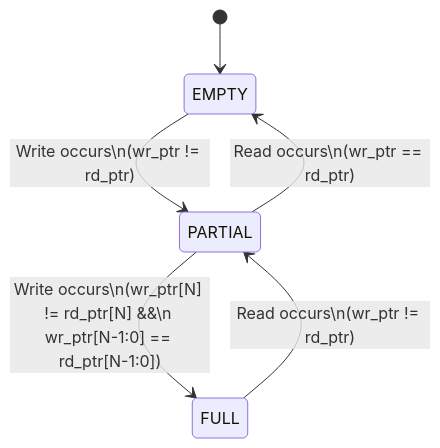
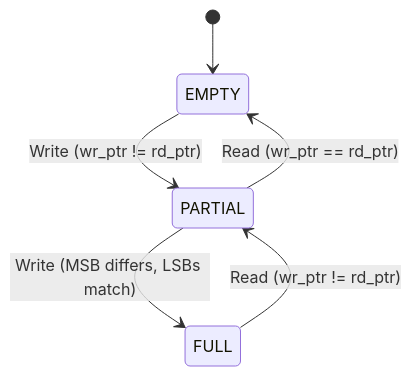
The second of 2 diagrams in docs/04_axi_stream_fifo.md (Ganeshkumara26/SmartNIC), drawn with Mermaid before and after one commit.

Commit message:
docs: Fix Mermaid stateDiagram syntax error in AXI Stream FIFO docs

````diff
--- a/docs/04_axi_stream_fifo.md
+++ b/docs/04_axi_stream_fifo.md
@@ -42,11 +42,11 @@
 ```mermaid
 stateDiagram-v2
     [*] --> EMPTY
     
-    EMPTY --> PARTIAL: Write occurs\n(wr_ptr != rd_ptr)
+    EMPTY --> PARTIAL: Write (wr_ptr != rd_ptr)
     
-    PARTIAL --> EMPTY: Read occurs\n(wr_ptr == rd_ptr)
-    PARTIAL --> FULL: Write occurs\n(wr_ptr[N] != rd_ptr[N] &&\n wr_ptr[N-1:0] == rd_ptr[N-1:0])
+    PARTIAL --> EMPTY: Read (wr_ptr == rd_ptr)
+    PARTIAL --> FULL: Write (MSB differs, LSBs match)
     
-    FULL --> PARTIAL: Read occurs\n(wr_ptr != rd_ptr)
+    FULL --> PARTIAL: Read (wr_ptr != rd_ptr)
 ```
````
